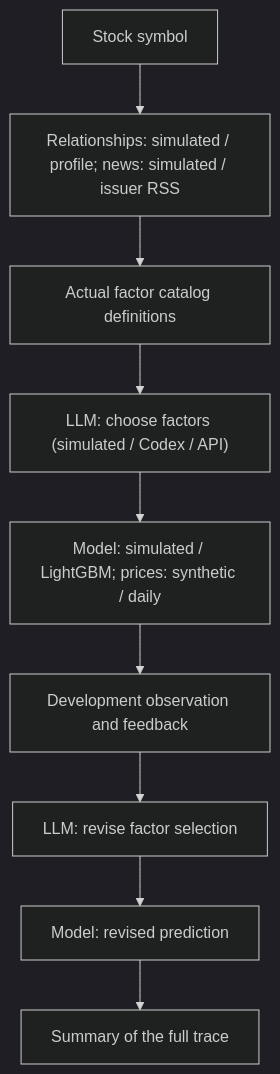
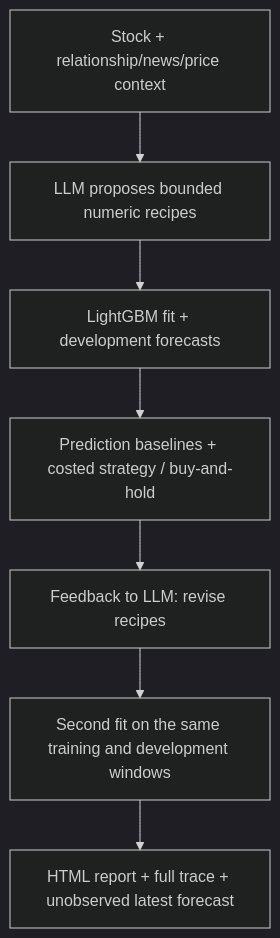
One commit to chickeyton/Quant_RSI changed the second of 2 diagrams in README.md. Above: the diagram before and after it, drawn with Mermaid (dark theme). The commit also changed other lines of this file and 14 other files, not shown here.

Commit message:
Connect factor proposals, strategy comparisons and portable research reports

````diff
--- a/README.md
+++ b/README.md
@@ -77,11 +78,9 @@
 ```mermaid
 flowchart TD
-    A["Stock symbol"] --> B["Relationships: simulated / profile; news: simulated / issuer RSS"]
-    B --> C["Actual factor catalog definitions"]
-    C --> D["LLM: choose factors (simulated / Codex / API)"]
-    D --> E["Model: simulated / LightGBM; prices: synthetic / daily"]
-    E --> F["Development observation and feedback"]
-    F --> G["LLM: revise factor selection"]
-    G --> H["Model: revised prediction"]
-    H --> I["Summary of the full trace"]
+    A["Stock + relationship/news/price context"] --> B["LLM proposes bounded numeric recipes"]
+    B --> C["LightGBM fit + development forecasts"]
+    C --> D["Prediction baselines + costed strategy / buy-and-hold"]
+    D --> E["Feedback to LLM: revise recipes"]
+    E --> F["Second fit on the same training and development windows"]
+    F --> G["HTML report + full trace + unobserved latest forecast"]
 ```
````
